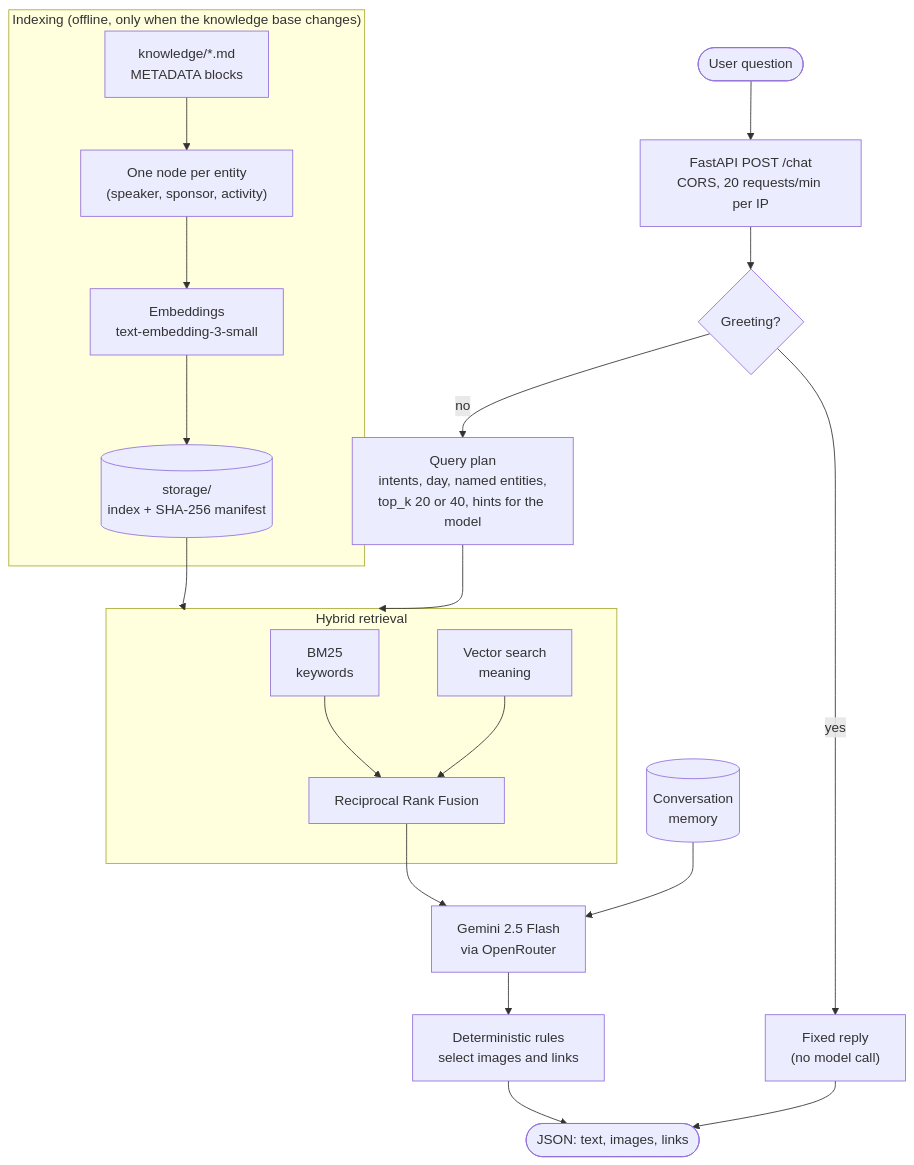
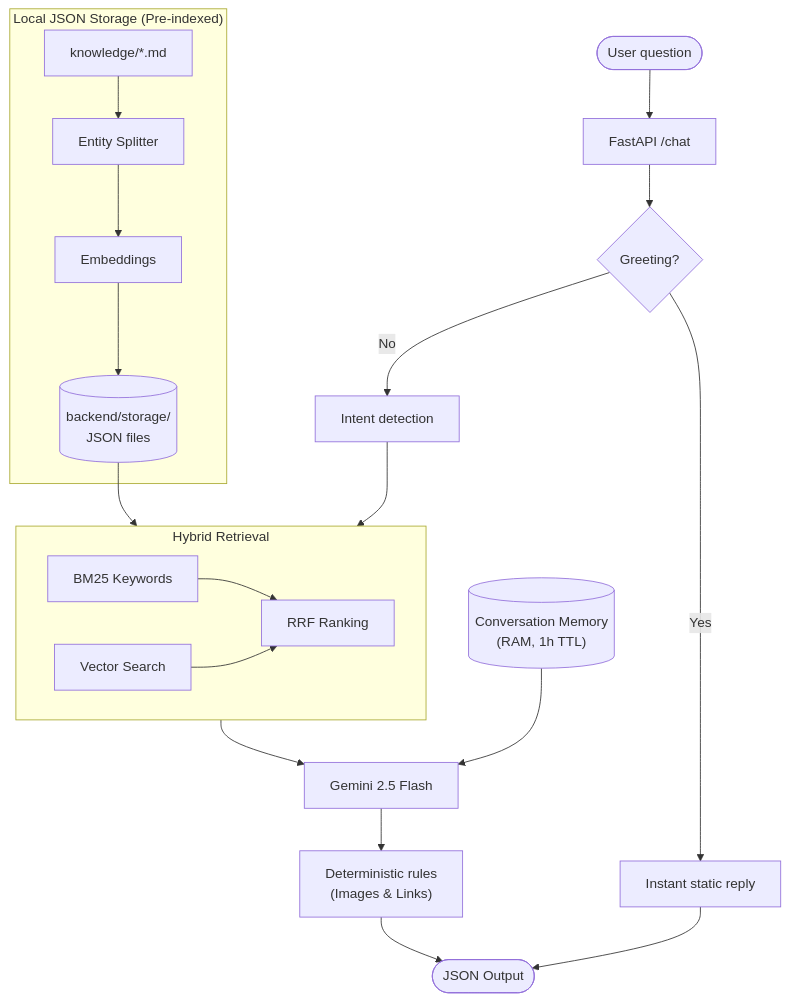
One commit to alessandrodelmoro9/life-festival-website changed the diagram in README.md. Above: the diagram before and after it, drawn with Mermaid. The commit also changed other lines of this file and 3 other files, not shown here.

````diff
--- a/README.md
+++ b/README.md
@@ -98,24 +73,30 @@
 ```mermaid
 flowchart TD
-    subgraph Ingestion["Indexing (offline, only when the knowledge base changes)"]
-        MD["knowledge/*.md<br/>METADATA blocks"] --> SPLIT["One node per entity<br/>(speaker, sponsor, activity)"]
-        SPLIT --> EMB["Embeddings<br/>text-embedding-3-small"]
-        EMB --> STORE[("storage/<br/>index + SHA-256 manifest")]
+    subgraph Storage["Local JSON Storage (Pre-indexed)"]
+        MD["knowledge/*.md"] --> SPLIT["Entity Splitter"]
+        SPLIT --> EMB["Embeddings"]
+        EMB --> STORE[("backend/storage/<br/>JSON files")]
     end
 
-    U(["User question"]) --> API["FastAPI POST /chat<br/>CORS, 20 requests/min per IP"]
+    U(["User question"]) --> API["FastAPI /chat"]
     API --> GREET{"Greeting?"}
-    GREET -- yes --> FIXED["Fixed reply<br/>(no model call)"]
-    GREET -- no --> PLAN["Query plan<br/>intents, day, named entities,<br/>top_k 20 or 40, hints for the model"]
+    GREET -- Yes --> FIXED["Instant static reply"]
+    GREET -- No --> PLAN["Intent detection"]
+    
     PLAN --> HYB
     STORE --> HYB
-    subgraph HYB["Hybrid retrieval"]
-        BM25["BM25<br/>keywords"] --> RRF["Reciprocal Rank Fusion"]
-        VEC["Vector search<br/>meaning"] --> RRF
+
+    subgraph HYB["Hybrid Retrieval"]
+        direction LR
+        BM25["BM25 Keywords"] --> RRF["RRF Ranking"]
+        VEC["Vector Search"] --> RRF
     end
-    MEM[("Conversation<br/>memory")] --> LLM
-    RRF --> LLM["Gemini 2.5 Flash<br/>via OpenRouter"]
-    LLM --> RES["Deterministic rules<br/>select images and links"]
-    RES --> OUT(["JSON: text, images, links"])
+
+    MEM[("Conversation Memory<br/>(RAM, 1h TTL)")] --> LLM
+    HYB --> LLM["Gemini 2.5 Flash"]
+    
+    LLM --> RES["Deterministic rules<br/>(Images & Links)"]
+    
+    RES --> OUT(["JSON Output"])
     FIXED --> OUT
 ```
````
